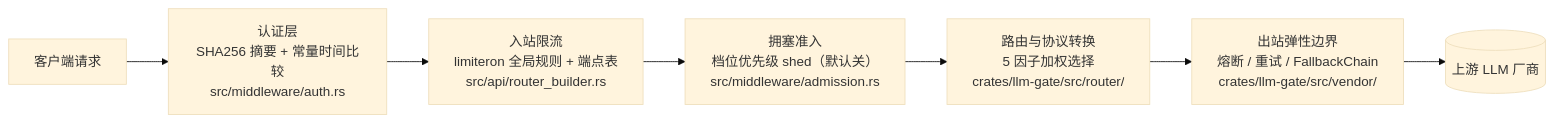
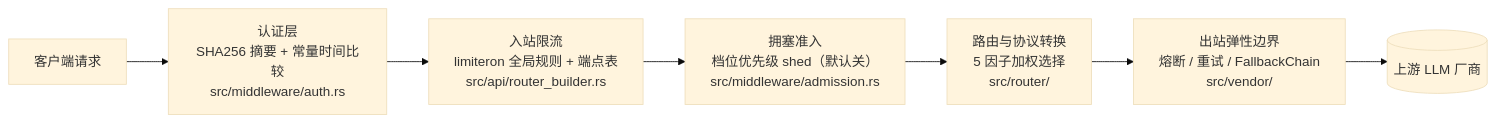
Before and after one commit to Kirky-X/fluxgate: the diagram in docs/SECURITY.md, drawn with Mermaid (base theme). The commit also changed other lines of this file and 114 other files, not shown here.

First line of the commit message:
refactor(workspace): llm-gate 路由核心库并回主 crate

````diff
--- a/docs/SECURITY.md
+++ b/docs/SECURITY.md
@@ -29,9 +29,9 @@
 ```mermaid
 flowchart LR
     C[客户端请求] --> A["认证层<br/>SHA256 摘要 + 常量时间比较<br/>src/middleware/auth.rs"]
     A --> RL["入站限流<br/>limiteron 全局规则 + 端点表<br/>src/api/router_builder.rs"]
     RL --> AD["拥塞准入<br/>档位优先级 shed（默认关）<br/>src/middleware/admission.rs"]
-    AD --> R["路由与协议转换<br/>5 因子加权选择<br/>crates/llm-gate/src/router/"]
-    R --> O["出站弹性边界<br/>熔断 / 重试 / FallbackChain<br/>crates/llm-gate/src/vendor/"]
+    AD --> R["路由与协议转换<br/>5 因子加权选择<br/>src/router/"]
+    R --> O["出站弹性边界<br/>熔断 / 重试 / FallbackChain<br/>src/vendor/"]
     O --> V[(上游 LLM 厂商)]
 ```
````
